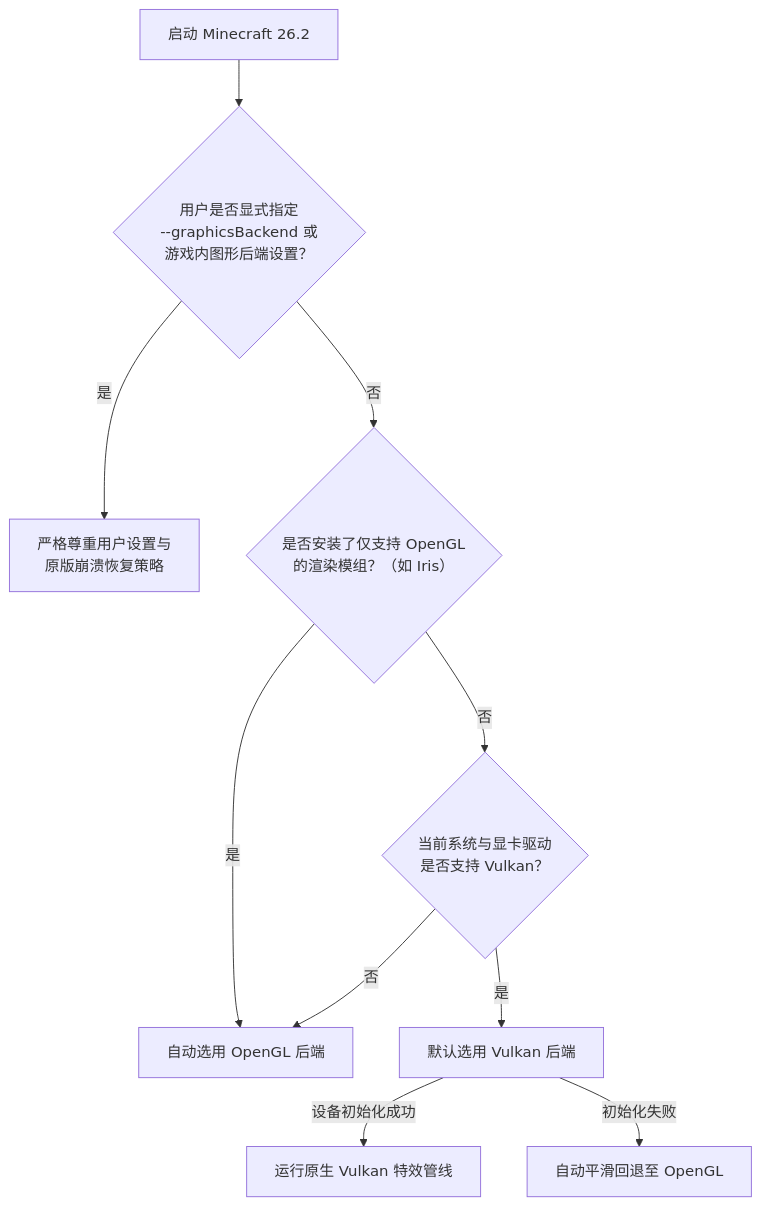
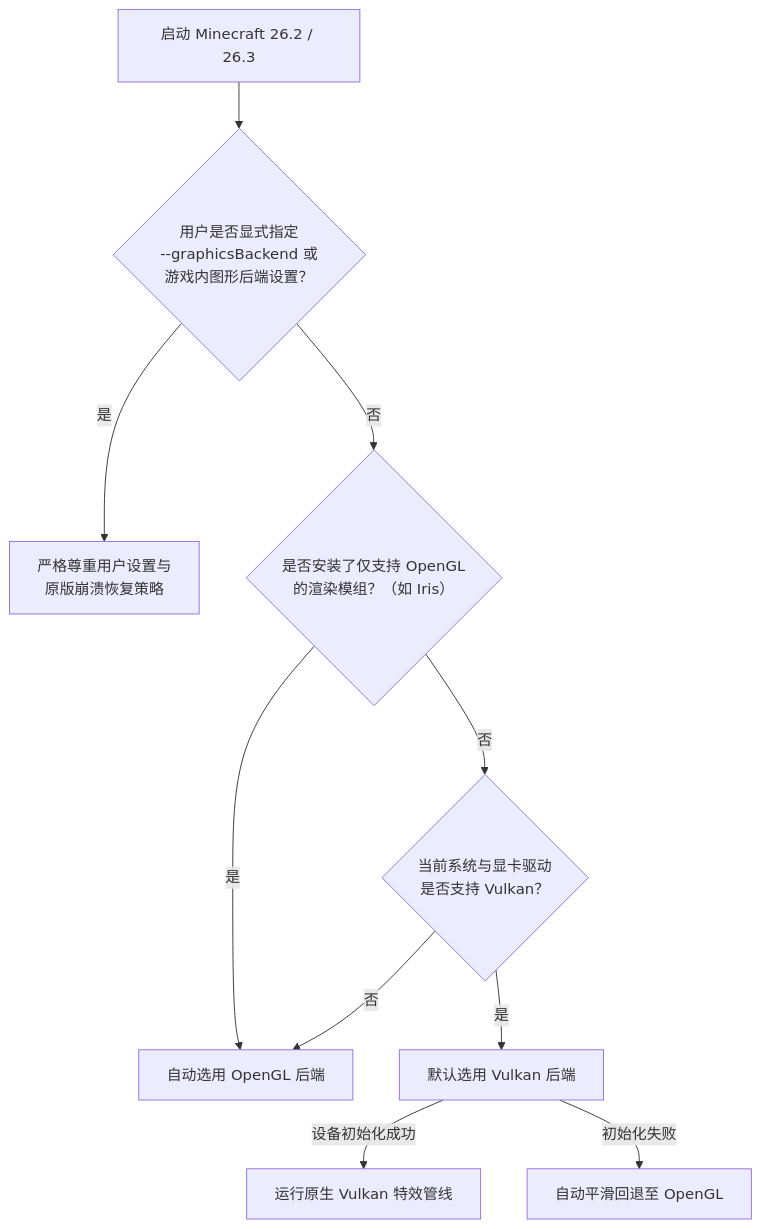
One commit to kltyton/LumenFX changed the diagram in docs/wiki/Graphics-Backends-and-Compatibility-zh.md. Above: the diagram before and after it, drawn with Mermaid. The commit also changed other lines of this file and 129 other files, not shown here.

````diff
--- a/docs/wiki/Graphics-Backends-and-Compatibility-zh.md
+++ b/docs/wiki/Graphics-Backends-and-Compatibility-zh.md
@@ -17,12 +17,12 @@
 ```mermaid
 flowchart TD
-    Start[启动 Minecraft 26.2] --> Explicit{用户是否显式指定<br/>--graphicsBackend 或<br/>游戏内图形后端设置？}
+    Start[启动 Minecraft 26.2 / 26.3] --> Explicit{用户是否显式指定<br/>--graphicsBackend 或<br/>游戏内图形后端设置？}
     Explicit -->|是| Respect[严格尊重用户设置与<br/>原版崩溃恢复策略]
     Explicit -->|否| ModCheck{是否安装了仅支持 OpenGL<br/>的渲染模组？（如 Iris）}
     ModCheck -->|是| UseGL[自动选用 OpenGL 后端]
     ModCheck -->|否| DriverCheck{当前系统与显卡驱动<br/>是否支持 Vulkan？}
     DriverCheck -->|是| TryVK[默认选用 Vulkan 后端]
     TryVK -->|设备初始化成功| RunningVK[运行原生 Vulkan 特效管线]
     TryVK -->|初始化失败| FallbackGL[自动平滑回退至 OpenGL]
     DriverCheck -->|否| UseGL
 ```
````
